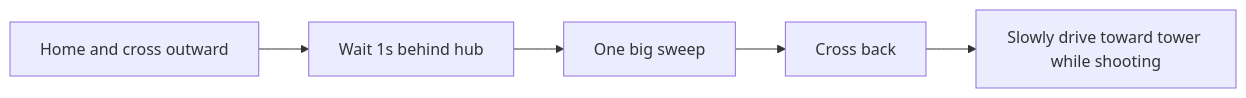
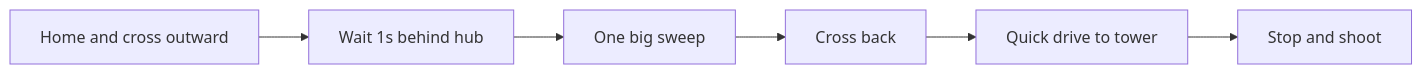
One commit to team581/offseason-2026 changed the first of 3 diagrams in docs/offseason_bot/autos.md. Above: the diagram before and after it, drawn with Mermaid. The commit also changed other lines of this file and 7 other files, not shown here.

````diff
--- a/docs/offseason_bot/autos.md
+++ b/docs/offseason_bot/autos.md
@@ -22,5 +24,5 @@
 ```mermaid
 flowchart LR
     A[Home and cross outward] --> B[Wait 1s behind hub] --> C[One big sweep] --> D[Cross back]
-    D --> E[Slowly drive toward tower while shooting]
+    D --> E[Quick drive to tower] --> F[Stop and shoot]
 ```
````
